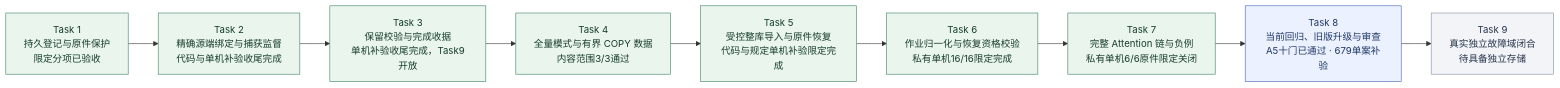
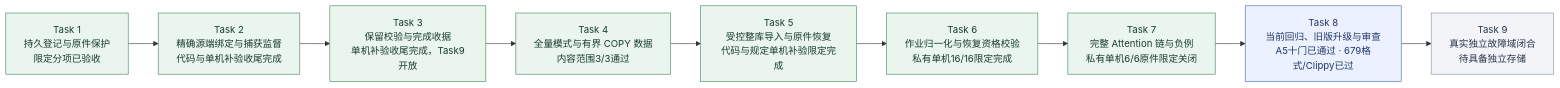
The second of 9 diagrams in docs/KnowWeave实施路线与系统架构.md (MansurnamedZhang/learning-system-p0c4), drawn with Mermaid before and after one commit. The commit also changed other lines of this file and 10 other files, not shown here.

````diff
--- a/docs/KnowWeave实施路线与系统架构.md
+++ b/docs/KnowWeave实施路线与系统架构.md
@@ -81,26 +81,26 @@
 ```mermaid
 flowchart LR
     C4T1["Task 1<br/>持久登记与原件保护<br/>限定分项已验收"]
     C4T2["Task 2<br/>精确源端绑定与捕获监督<br/>代码与单机补验收尾完成"]
     C4T3["Task 3<br/>保留校验与完成收据<br/>单机补验收尾完成，Task9开放"]
     C4T4["Task 4<br/>全量模式与有界 COPY 数据<br/>内容范围3/3通过"]
     C4T5["Task 5<br/>受控整库导入与原件恢复<br/>代码与规定单机补验限定完成"]
     C4T6["Task 6<br/>作业归一化与恢复资格校验<br/>私有单机16/16限定完成"]
     C4T7["Task 7<br/>完整 Attention 链与负例<br/>私有单机6/6原件限定关闭"]
-    C4T8["Task 8<br/>当前回归、旧版升级与审查<br/>A5十门已通过 · 679单案补验"]
+    C4T8["Task 8<br/>当前回归、旧版升级与审查<br/>A5十门已通过 · 679格式/Clippy已过"]
     C4T9["Task 9<br/>真实独立故障域闭合<br/>待具备独立存储"]
     C4T1 --> C4T2
     C4T2 --> C4T3
     C4T3 --> C4T4
     C4T4 --> C4T5
     C4T5 --> C4T6
     C4T6 --> C4T7
     C4T7 --> C4T8
     C4T8 --> C4T9
     class C4T1,C4T2,C4T3,C4T4,C4T5,C4T6,C4T7 done
     class C4T8 next
     class C4T9 planned
     classDef done fill:#eaf5ee,stroke:#438363,color:#173d2b
     classDef next fill:#ebf1ff,stroke:#4365b4,color:#203866
     classDef planned fill:#f2f4f8,stroke:#8591a3,color:#28354b
 ```
````
